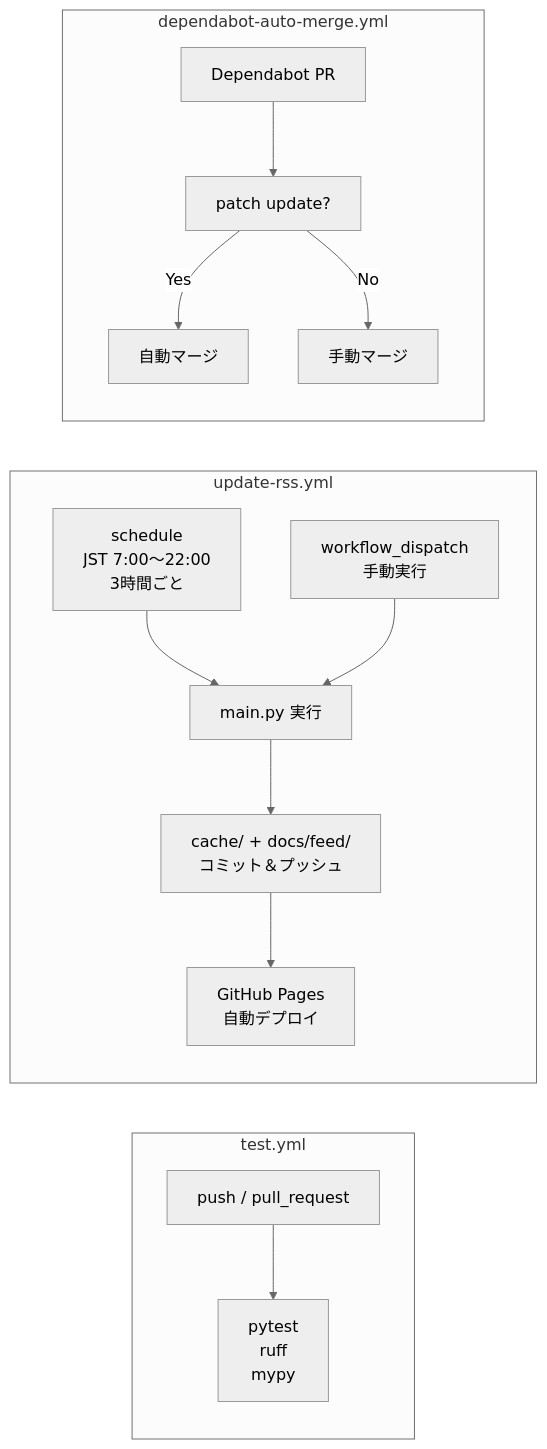
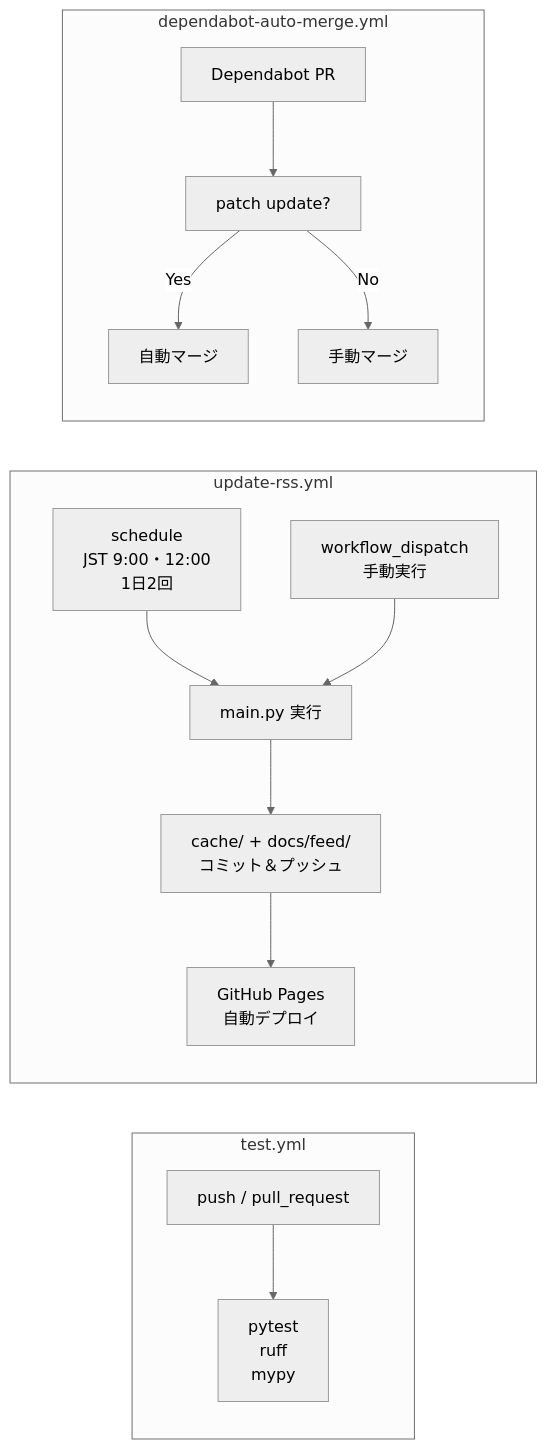
One commit to ryu1/rss-feed-translator changed diagram 11 of 11 in docs/superpowers/specs/2026-06-29-rss-feed-translator-design.md. Above: the diagram before and after it, drawn with Mermaid (neutral theme). The commit also changed other lines of this file, not shown here.

First line of the commit message:
docs: update design doc to reflect schedule and batch translation changes

````diff
--- a/docs/superpowers/specs/2026-06-29-rss-feed-translator-design.md
+++ b/docs/superpowers/specs/2026-06-29-rss-feed-translator-design.md
@@ -644,19 +644,19 @@
 ```mermaid
 graph LR
     subgraph "test.yml"
         PUSH["push / pull_request"] --> TEST["pytest\nruff\nmypy"]
     end
 
     subgraph "update-rss.yml"
-        CRON["schedule\nJST 7:00〜22:00\n3時間ごと"] --> RUN["main.py 実行"]
+        CRON["schedule\nJST 9:00・12:00\n1日2回"] --> RUN["main.py 実行"]
         DISPATCH["workflow_dispatch\n手動実行"] --> RUN
         RUN --> COMMIT["cache/ + docs/feed/\nコミット＆プッシュ"]
         COMMIT --> PAGES["GitHub Pages\n自動デプロイ"]
     end
 
     subgraph "dependabot-auto-merge.yml"
         DEP["Dependabot PR"] --> CHECK["patch update?"]
         CHECK -->|Yes| MERGE["自動マージ"]
         CHECK -->|No| MANUAL["手動マージ"]
     end
 ```
````
